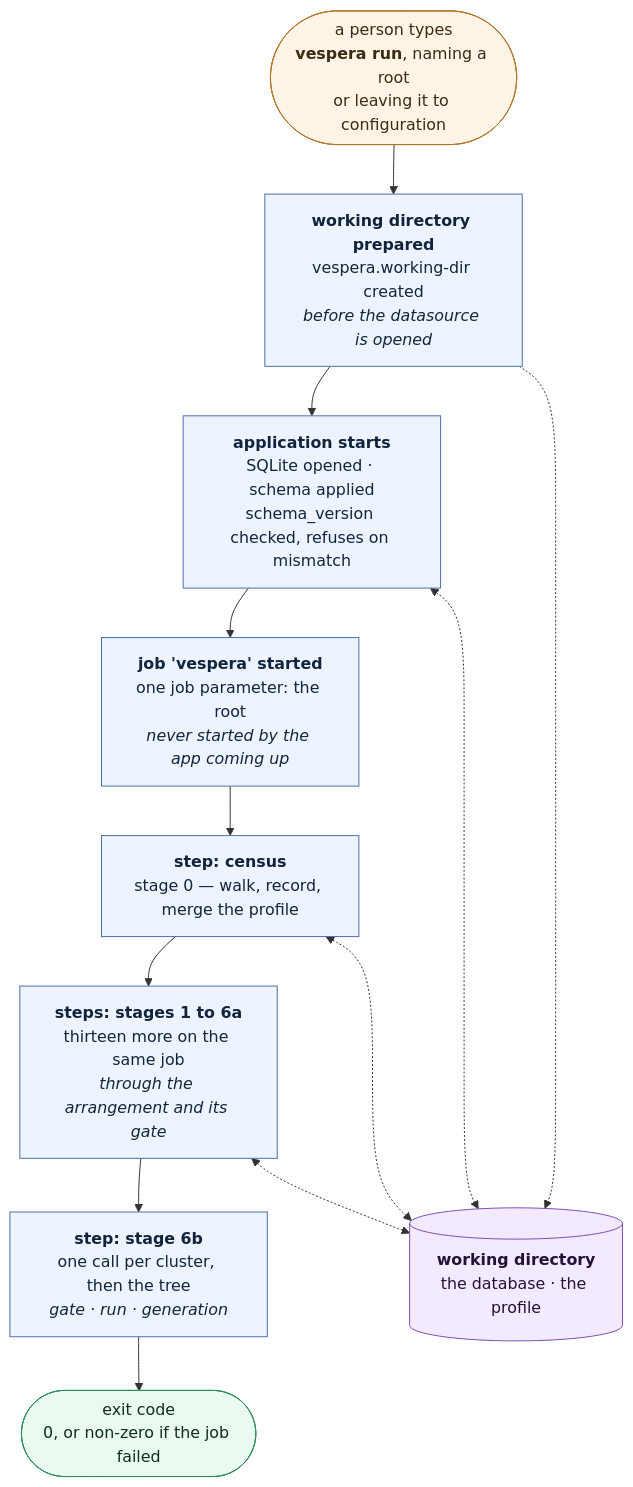
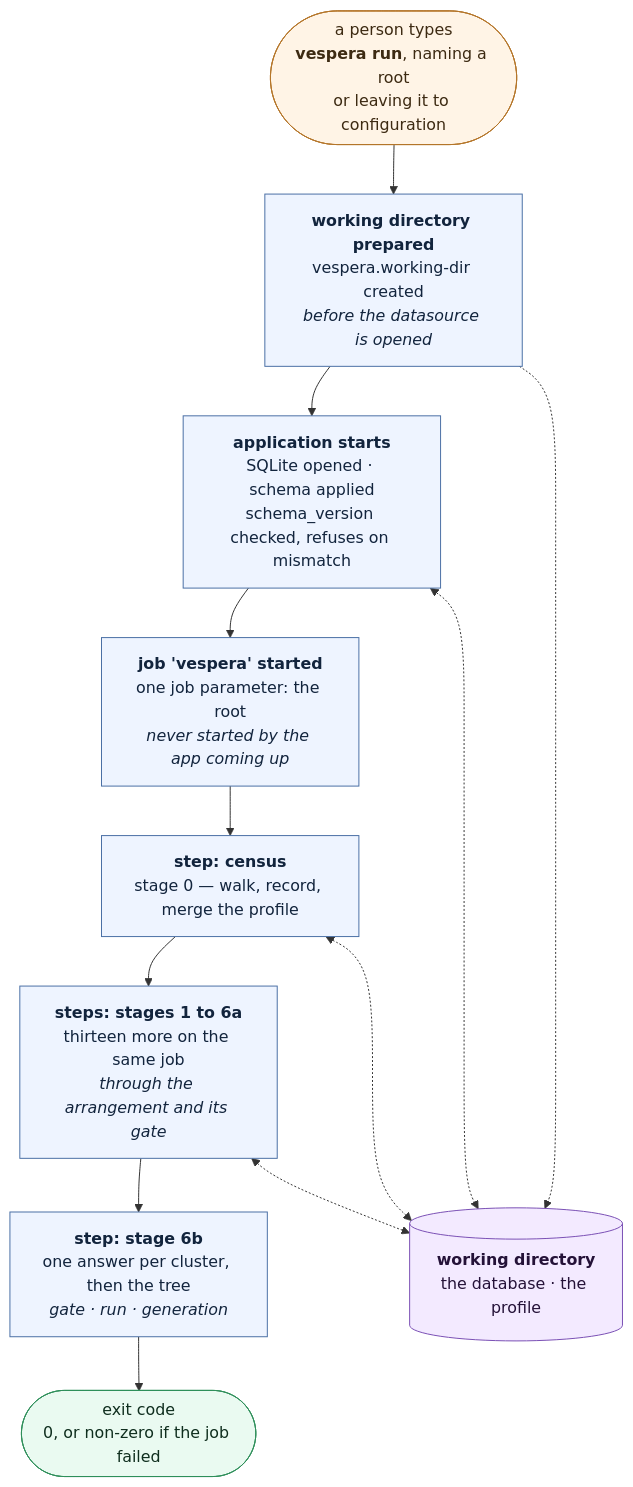
One commit to algernon28/vespera changed the fifth of 6 diagrams in docs/architecture.md. Above: the diagram before and after it, drawn with Mermaid. The commit also changed 23 other files, not shown here.

````diff
--- a/docs/architecture.md
+++ b/docs/architecture.md
@@ -243,30 +243,30 @@
 ```mermaid
 flowchart TD
     OP(["a person types<br/><b>vespera run</b>, naming a root<br/>or leaving it to configuration"])
     PREP["<b>working directory prepared</b><br/>vespera.working-dir created<br/><i>before the datasource is opened</i>"]
     BOOT["<b>application starts</b><br/>SQLite opened · schema applied<br/>schema_version checked, refuses on mismatch"]
     JOB["<b>job 'vespera' started</b><br/>one job parameter: the root<br/><i>never started by the app coming up</i>"]
     S0["<b>step: census</b><br/>stage 0 — walk, record, merge the profile"]
     LATER["<b>steps: stages 1 to 6a</b><br/>thirteen more on the same job<br/><i>through the arrangement and its gate</i>"]
-    S6BSTEP["<b>step: stage 6b</b><br/>one call per cluster, then the tree<br/><i>gate · run · generation</i>"]
+    S6BSTEP["<b>step: stage 6b</b><br/>one answer per cluster, then the tree<br/><i>gate · run · generation</i>"]
     EXIT(["exit code<br/>0, or non-zero if the job failed"])
 
 
     STORE[("<b>working directory</b><br/>the database · the profile")]
 
     OP --> PREP --> BOOT --> JOB --> S0 --> LATER --> S6BSTEP --> EXIT
 
     PREP -.-> STORE
     BOOT <-.-> STORE
     S0 <-.-> STORE
     LATER <-.-> STORE
 
     classDef human fill:#fff4e6,stroke:#b5762a,color:#3d2a12
     classDef step fill:#eef4ff,stroke:#4a6fa5,color:#12243d
     classDef store fill:#f3eaff,stroke:#7a4fb5,color:#241238
     classDef out fill:#eafaf1,stroke:#2f8f5b,color:#0f2e1e
     class OP human
     class PREP,BOOT,JOB,S0,LATER,S6BSTEP step
     class STORE store
     class EXIT out
 ```
````
